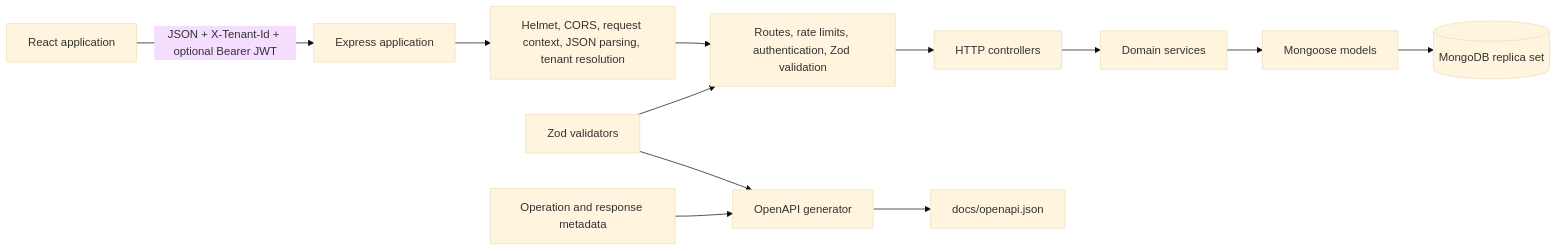
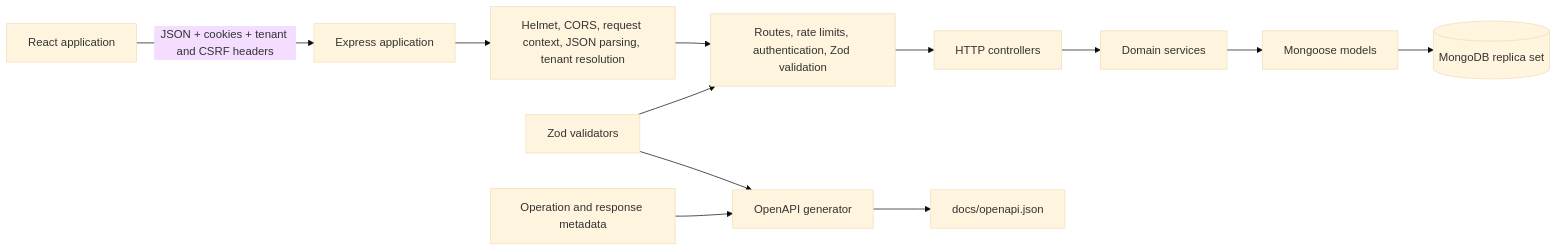
Before and after one commit to viniciuspizettadesouza/ufsc-dso2-trabalho1-mercadozetta: the first of 3 diagrams in docs/project-overview.md, drawn with Mermaid (base theme). The commit also changed other lines of this file and 79 other files, not shown here.

````diff
--- a/docs/project-overview.md
+++ b/docs/project-overview.md
@@ -66,14 +66,14 @@
 ```mermaid
 flowchart LR
-    Browser[React application] -->|JSON + X-Tenant-Id + optional Bearer JWT| App[Express application]
+    Browser[React application] -->|JSON + cookies + tenant and CSRF headers| App[Express application]
     App --> Global[Helmet, CORS, request context, JSON parsing, tenant resolution]
     Global --> Routes[Routes, rate limits, authentication, Zod validation]
     Routes --> Controllers[HTTP controllers]
     Controllers --> Services[Domain services]
     Services --> Models[Mongoose models]
     Models --> Mongo[(MongoDB replica set)]
     Validators[Zod validators] --> Routes
     Validators --> Generator[OpenAPI generator]
     Metadata[Operation and response metadata] --> Generator
     Generator --> Contract[docs/openapi.json]
 ```
````
